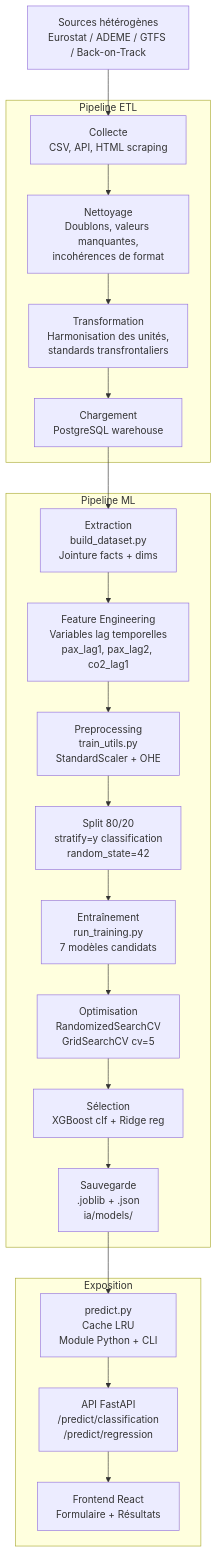
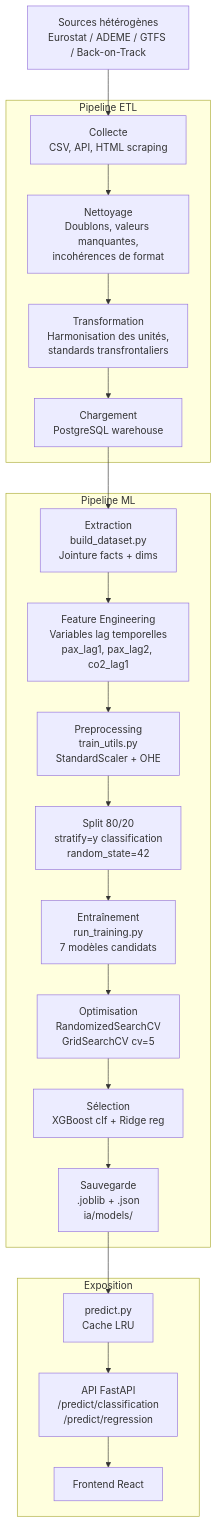
The fifth of 6 diagrams in docs/ia/rapport_technique.md (Oggye/MSPR_1_B3), drawn with Mermaid before and after one commit. The commit also changed other lines of this file, not shown here.

````diff
--- a/docs/ia/rapport_technique.md
+++ b/docs/ia/rapport_technique.md
@@ -574,32 +383,32 @@
 ```mermaid
 flowchart TD
     A["Sources hétérogènes\nEurostat / ADEME / GTFS / Back-on-Track"] --> B
 
     subgraph ETL["Pipeline ETL"]
         B["Collecte\nCSV, API, HTML scraping"] --> C
         C["Nettoyage\nDoublons, valeurs manquantes,\nincohérences de format"] --> D
         D["Transformation\nHarmonisation des unités,\nstandards transfrontaliers"] --> E
         E["Chargement\nPostgreSQL warehouse"]
     end
 
     E --> F
 
     subgraph ML["Pipeline ML"]
         F["Extraction\nbuild_dataset.py\nJointure facts + dims"] --> G
         G["Feature Engineering\nVariables lag temporelles\npax_lag1, pax_lag2, co2_lag1"] --> H
         H["Preprocessing\ntrain_utils.py\nStandardScaler + OHE"] --> I
         I["Split 80/20\nstratify=y classification\nrandom_state=42"] --> J
         J["Entraînement\nrun_training.py\n7 modèles candidats"] --> K
         K["Optimisation\nRandomizedSearchCV\nGridSearchCV cv=5"] --> L
         L["Sélection\nXGBoost clf + Ridge reg"] --> M
         M["Sauvegarde\n.joblib + .json\nia/models/"]
     end
 
     M --> N
 
     subgraph SERVING["Exposition"]
-        N["predict.py\nCache LRU\nModule Python + CLI"] --> O
+        N["predict.py\nCache LRU"] --> O
         O["API FastAPI\n/predict/classification\n/predict/regression"] --> P
-        P["Frontend React\nFormulaire + Résultats"]
+        P["Frontend React"]
     end
 ```
````
